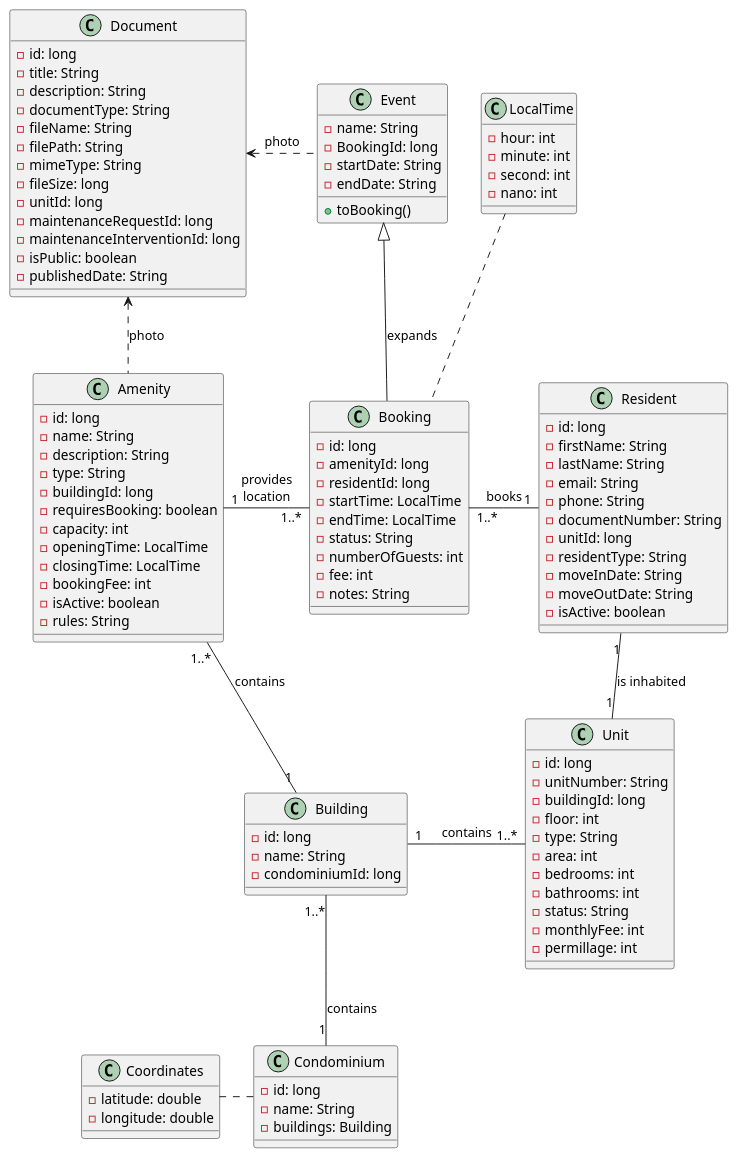
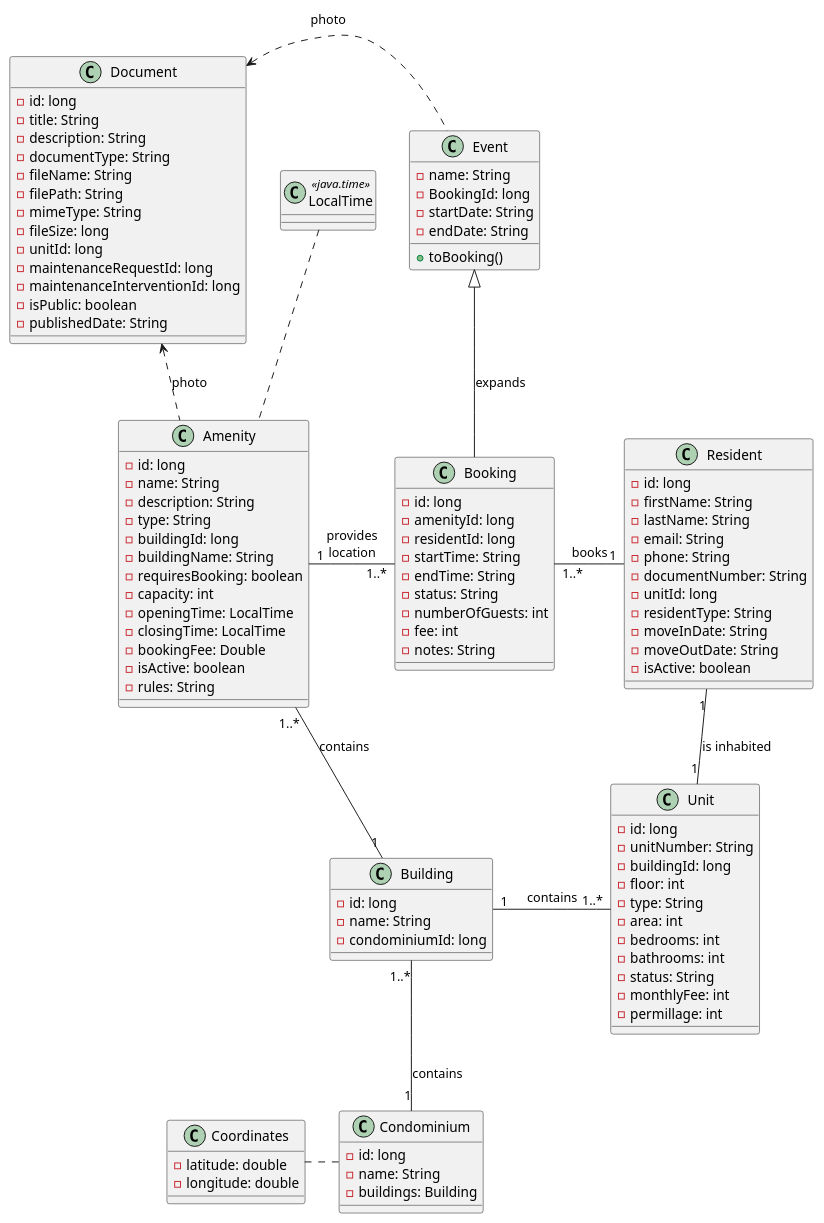
Before and after one commit to MiguelSantos568/DSSMV_ProjectDroid_1231121_1240568: the diagram in app/doc/DomainModel.puml, drawn with PlantUML. The commit also changed 134 other files, not shown here.

```diff
--- a/app/doc/DomainModel.puml
+++ b/app/doc/DomainModel.puml
@@ -1,125 +1,121 @@
 @startuml
 
 '----- Classes -----
 
 class "Document"{
     - id: long
     - title: String
     - description: String
     - documentType: String
     - fileName: String
     - filePath: String
     - mimeType: String
     - fileSize: long
     - unitId: long
     - maintenanceRequestId: long
     - maintenanceInterventionId: long
     - isPublic: boolean
     - publishedDate: String
 }
 
 class "Condominium"{
     - id: long
     - name: String
     - buildings: Building
 }
 
 class "Coordinates"{
     - latitude: double
     - longitude: double
 }
 
 class "Amenity"{
     - id: long
     - name: String
     - description: String
     - type: String
     - buildingId: long
+    - buildingName: String
     - requiresBooking: boolean
     - capacity: int
     - openingTime: LocalTime
     - closingTime: LocalTime
-    - bookingFee: int
+    - bookingFee: Double
     - isActive: boolean
     - rules: String
 }
 
 class "Booking"{
     - id: long
     - amenityId: long
     - residentId: long
-    - startTime: LocalTime
-    - endTime: LocalTime
+    - startTime: String
+    - endTime: String
     - status: String
     - numberOfGuests: int
     - fee: int
     - notes: String
 }
 
 class "Building"{
     - id: long
     - name: String
     - condominiumId: long
 }
 
 class "Resident"{
     - id: long
     - firstName: String
     - lastName: String
     - email: String
     - phone: String
     - documentNumber: String
     - unitId: long
     - residentType: String
     - moveInDate: String
     - moveOutDate: String
     - isActive: boolean
 }
 
 class "Unit"{
     - id: long
     - unitNumber: String
     - buildingId: long
     - floor: int
     - type: String
     - area: int
     - bedrooms: int
     - bathrooms: int
     - status: String
     - monthlyFee: int
     - permillage: int
 }
 
-class "LocalTime"{
-    - hour: int
-    - minute: int
-    - second: int
-    - nano: int
-}
+class "LocalTime" <<java.time>>
 
 class "Event"{
     - name: String
     - BookingId: long
     - startDate: String
     - endDate: String
     +toBooking()
 }
 
 '----- Connections -----
 
 "Coordinates" -right. "Condominium"
-"LocalTime" -. "Booking"
+"LocalTime" -. "Amenity"
 
 "Building" "1..*"--"1" "Condominium" : "contains"
 "Amenity" "1..*"--"1" "Building" : "contains"
 "Unit" "1..*"-left-"1" "Building" : "contains"
 "Resident" "1"--"1" "Unit" : "is inhabited"
 "Booking" "1..*"-right-"1" "Resident" : "books"
 "Booking" "1..*"-left-"1" "Amenity" : "provides\nlocation"
 
 "Booking" -up-|> "Event" : "expands"
 
 "Amenity" -left.> "Document" : photo
 "Event" -left.> "Document" : photo
 
 @enduml
```
